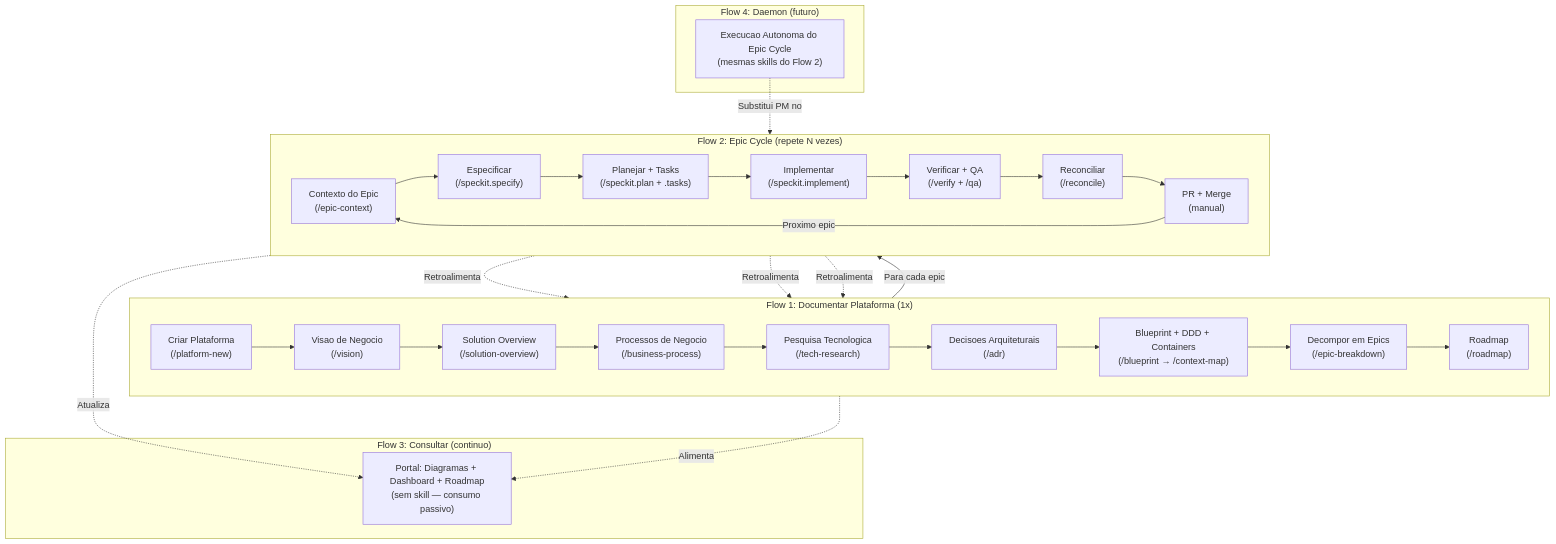
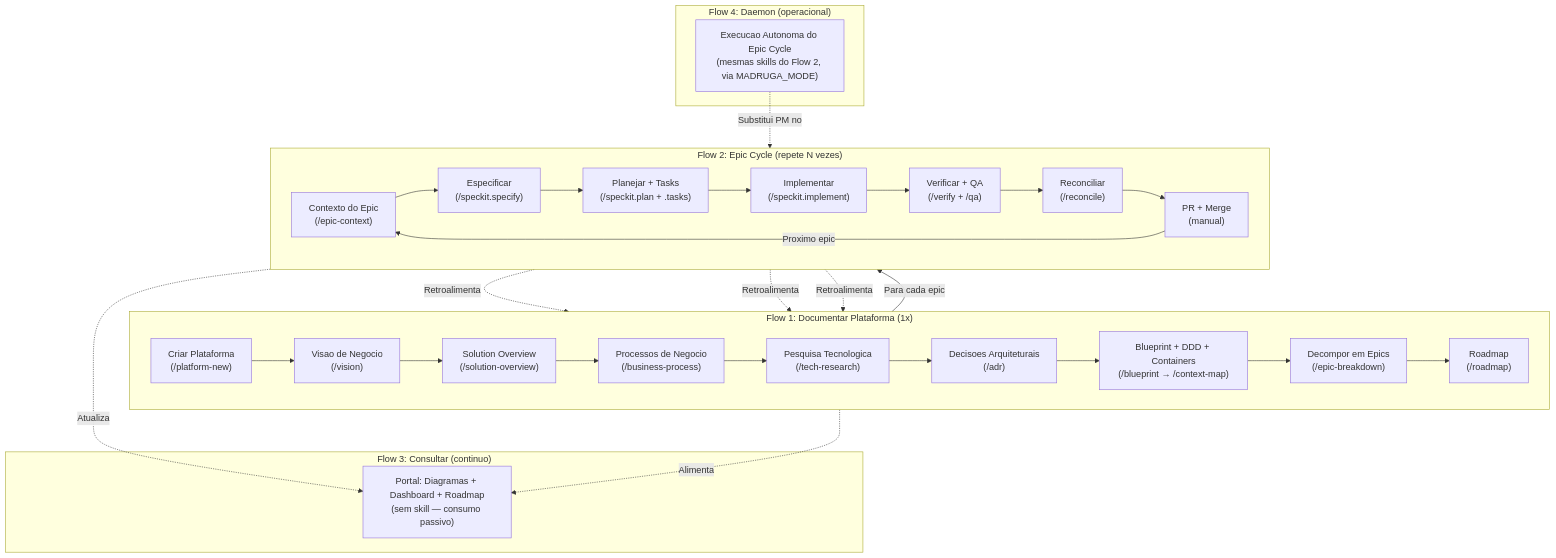
One commit to paceautomations/madruga.ai changed the first of 9 diagrams in platforms/madruga-ai/business/process.md. Above: the diagram before and after it, drawn with Mermaid. The commit also changed other lines of this file and 63 other files, not shown here.

First line of the commit message:
feat: epic 017 — observability, tracing e evals (full L2 cycle)

````diff
--- a/platforms/madruga-ai/business/process.md
+++ b/platforms/madruga-ai/business/process.md
@@ -11,43 +11,43 @@
 ```mermaid
 flowchart TB
     subgraph F1["Flow 1: Documentar Plataforma (1x)"]
         direction LR
         F1A["Criar Plataforma\n(/platform-new)"] --> F1B["Visao de Negocio\n(/vision)"]
         F1B --> F1C["Solution Overview\n(/solution-overview)"]
         F1C --> F1D["Processos de Negocio\n(/business-process)"]
         F1D --> F1E["Pesquisa Tecnologica\n(/tech-research)"]
         F1E --> F1F["Decisoes Arquiteturais\n(/adr)"]
         F1F --> F1G["Blueprint + DDD + Containers\n(/blueprint → /context-map)"]
         F1G --> F1H["Decompor em Epics\n(/epic-breakdown)"]
         F1H --> F1I["Roadmap\n(/roadmap)"]
     end
 
     subgraph F2["Flow 2: Epic Cycle (repete N vezes)"]
         direction LR
         F2A["Contexto do Epic\n(/epic-context)"] --> F2B["Especificar\n(/speckit.specify)"]
         F2B --> F2C["Planejar + Tasks\n(/speckit.plan + .tasks)"]
         F2C --> F2D["Implementar\n(/speckit.implement)"]
         F2D --> F2E["Verificar + QA\n(/verify + /qa)"]
         F2E --> F2F["Reconciliar\n(/reconcile)"]
         F2F --> F2G["PR + Merge\n(manual)"]
     end
 
     subgraph F3["Flow 3: Consultar (continuo)"]
         F3A["Portal: Diagramas + Dashboard + Roadmap\n(sem skill — consumo passivo)"]
     end
 
-    subgraph F4["Flow 4: Daemon (futuro)"]
-        F4A["Execucao Autonoma do Epic Cycle\n(mesmas skills do Flow 2)"]
+    subgraph F4["Flow 4: Daemon (operacional)"]
+        F4A["Execucao Autonoma do Epic Cycle\n(mesmas skills do Flow 2, via MADRUGA_MODE)"]
     end
 
     F1I -->|"Para cada epic"| F2A
     F2G -->|"Proximo epic"| F2A
     F2F -.->|"Retroalimenta"| F1B
     F2F -.->|"Retroalimenta"| F1F
     F2F -.->|"Retroalimenta"| F1G
 
     F1 -.->|"Alimenta"| F3A
     F2 -.->|"Atualiza"| F3A
 
     F4A -.->|"Substitui PM no"| F2
 ```
````
